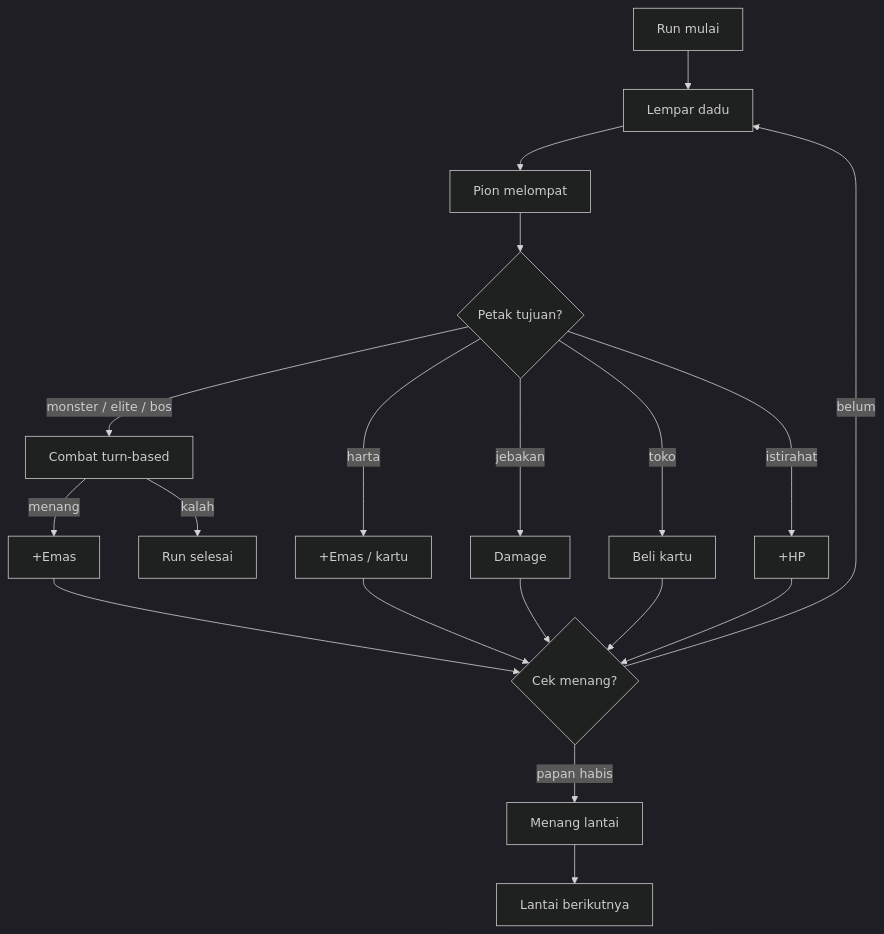
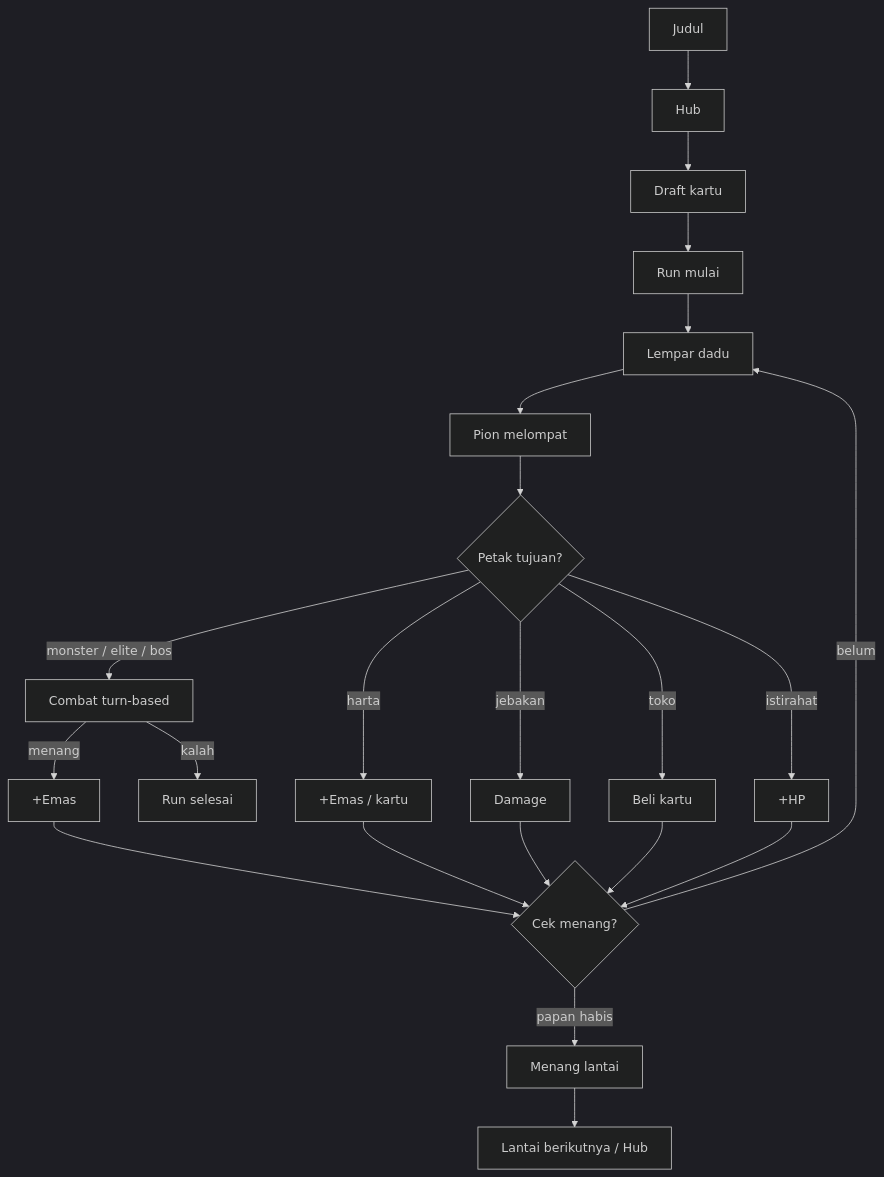
One commit to fawwaz1st/dice-delve changed the diagram in README.md. Above: the diagram before and after it, drawn with Mermaid (dark theme). The commit also changed other lines of this file and 1 other file, not shown here.

First line of the commit message:
docs: README diperbarui dengan fitur baru (hub, draft, AI, juice)

````diff
--- a/README.md
+++ b/README.md
@@ -16,21 +16,24 @@
 ```mermaid
 flowchart TD
-    A[Run mulai] --> B[Lempar dadu]
-    B --> C[Pion melompat]
-    C --> D{Petak tujuan?}
-    D -->|monster / elite / bos| E[Combat turn-based]
-    D -->|harta| F[+Emas / kartu]
-    D -->|jebakan| G[Damage]
-    D -->|toko| H[Beli kartu]
-    D -->|istirahat| I[+HP]
-    E -->|menang| J[+Emas]
-    J --> K{Cek menang?}
-    E -->|kalah| L[Run selesai]
-    F --> K
-    G --> K
-    H --> K
-    I --> K
-    K -->|belum| B
-    K -->|papan habis| M[Menang lantai]
-    M --> N[Lantai berikutnya]
+    A[Judul] --> B[Hub]
+    B --> C[Draft kartu]
+    C --> D[Run mulai]
+    D --> E[Lempar dadu]
+    E --> F[Pion melompat]
+    F --> G{Petak tujuan?}
+    G -->|monster / elite / bos| H[Combat turn-based]
+    G -->|harta| I[+Emas / kartu]
+    G -->|jebakan| J[Damage]
+    G -->|toko| K[Beli kartu]
+    G -->|istirahat| L[+HP]
+    H -->|menang| M[+Emas]
+    H -->|kalah| N[Run selesai]
+    M --> O{Cek menang?}
+    I --> O
+    J --> O
+    K --> O
+    L --> O
+    O -->|belum| E
+    O -->|papan habis| P[Menang lantai]
+    P --> Q[Lantai berikutnya / Hub]
 ```
````
